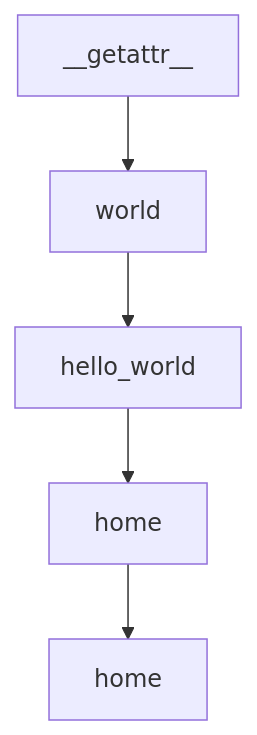
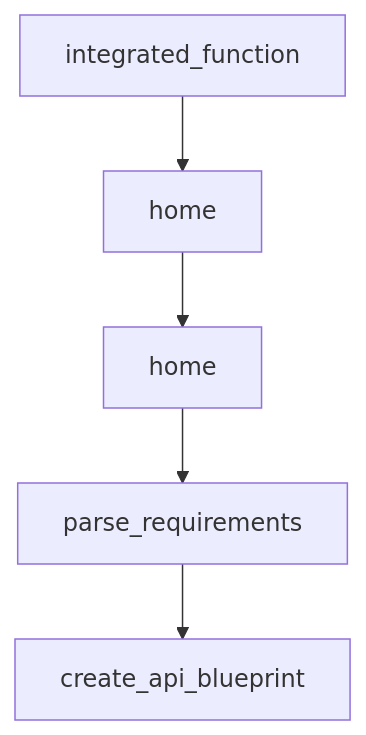
Before and after one commit to johnxie/awesome-code-docs: the diagram in tutorials/babyagi-tutorial/02-core-architecture-task-queue-and-agent-loop.md, drawn with Mermaid. The commit also changed other lines of this file and 1232 other files, not shown here.

````diff
--- a/tutorials/babyagi-tutorial/02-core-architecture-task-queue-and-agent-loop.md
+++ b/tutorials/babyagi-tutorial/02-core-architecture-task-queue-and-agent-loop.md
@@ -160,12 +144,12 @@
 ```mermaid
 flowchart TD
-    A[__getattr__]
-    B[world]
-    C[hello_world]
-    D[home]
-    E[home]
+    A[integrated_function]
+    B[home]
+    C[home]
+    D[parse_requirements]
+    E[create_api_blueprint]
     A --> B
     B --> C
     C --> D
     D --> E
 ```
````
